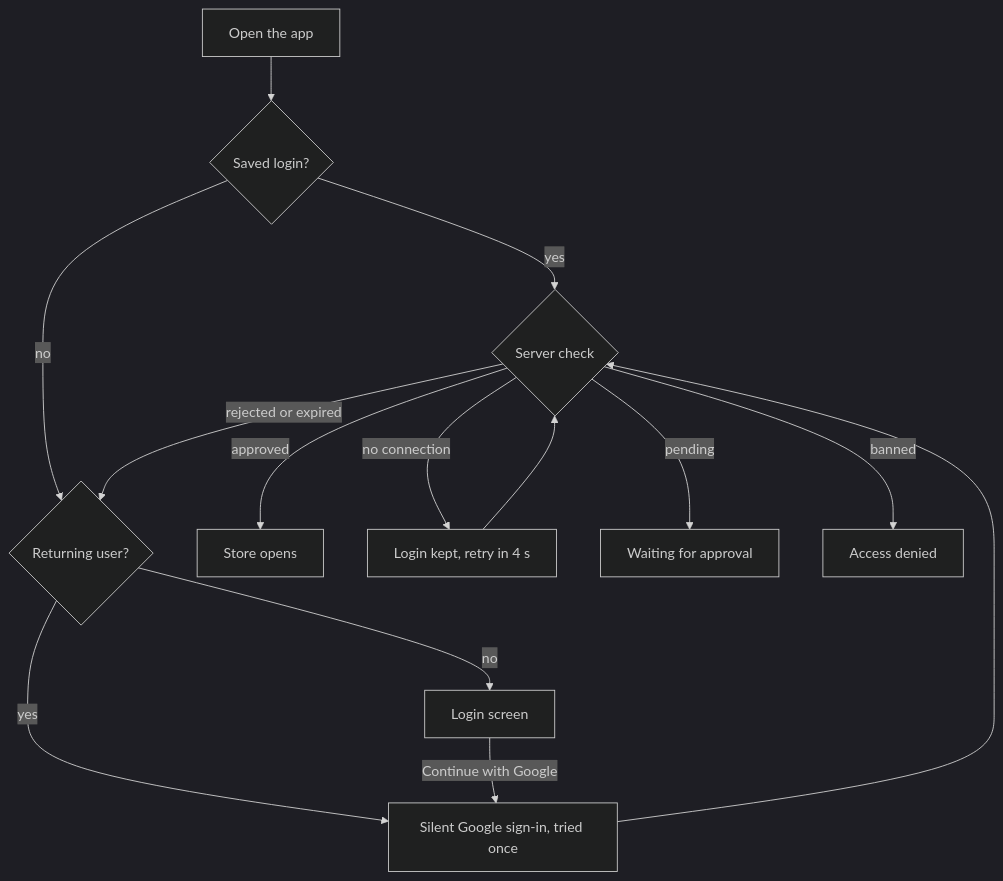
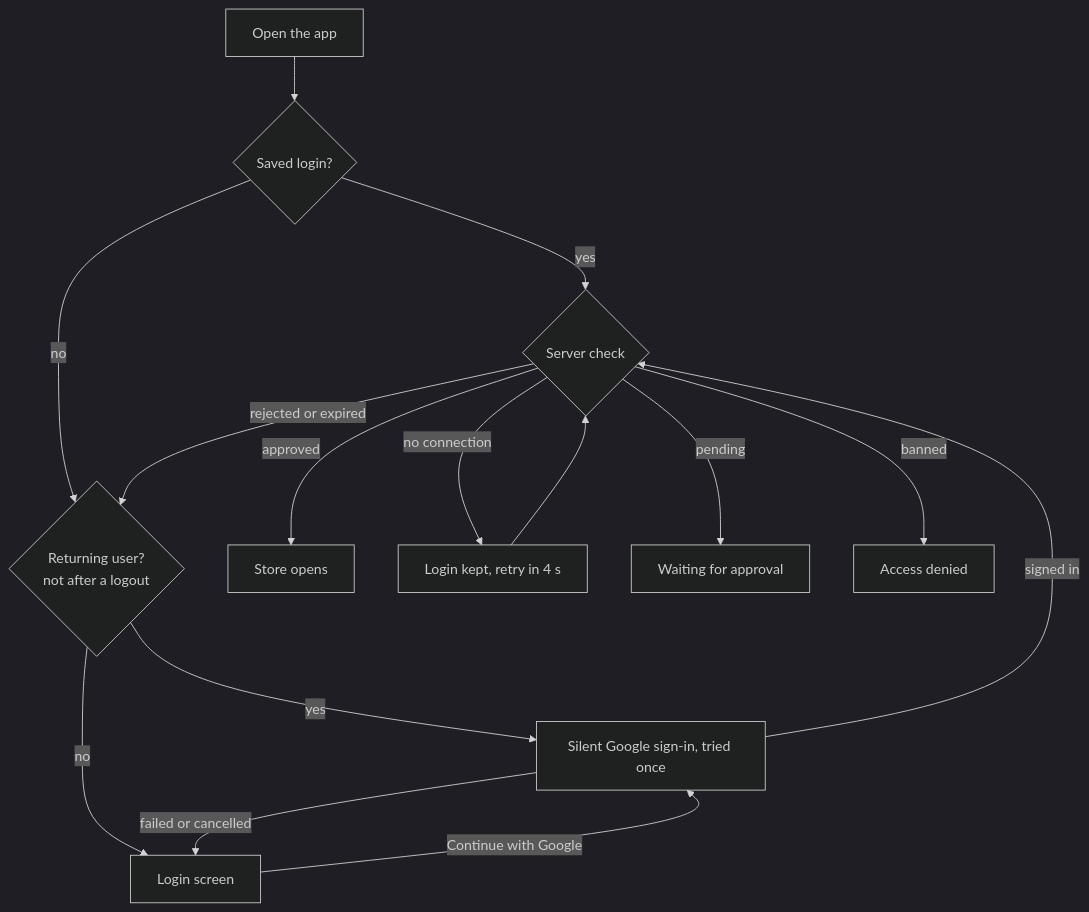
Before and after one commit to satyam-64136/My-store: the third of 6 diagrams in README.md, drawn with Mermaid (dark theme). The commit also changed other lines of this file, not shown here.

````diff
--- a/README.md
+++ b/README.md
@@ -113,15 +114,16 @@
 ```mermaid
 flowchart TD
   O["Open the app"] --> S{"Saved login?"}
   S -- yes --> V{"Server check"}
-  S -- no --> R{"Returning user?"}
+  S -- no --> R{"Returning user?<br/>not after a logout"}
   V -- approved --> ST["Store opens"]
   V -- "no connection" --> W["Login kept, retry in 4 s"] --> V
   V -- "rejected or expired" --> R
   V -- pending --> P["Waiting for approval"]
   V -- banned --> X["Access denied"]
   R -- yes --> A["Silent Google sign-in, tried once"]
   R -- no --> L["Login screen"]
   L -- "Continue with Google" --> A
-  A --> V
+  A -- "signed in" --> V
+  A -- "failed or cancelled" --> L
 ```
````
